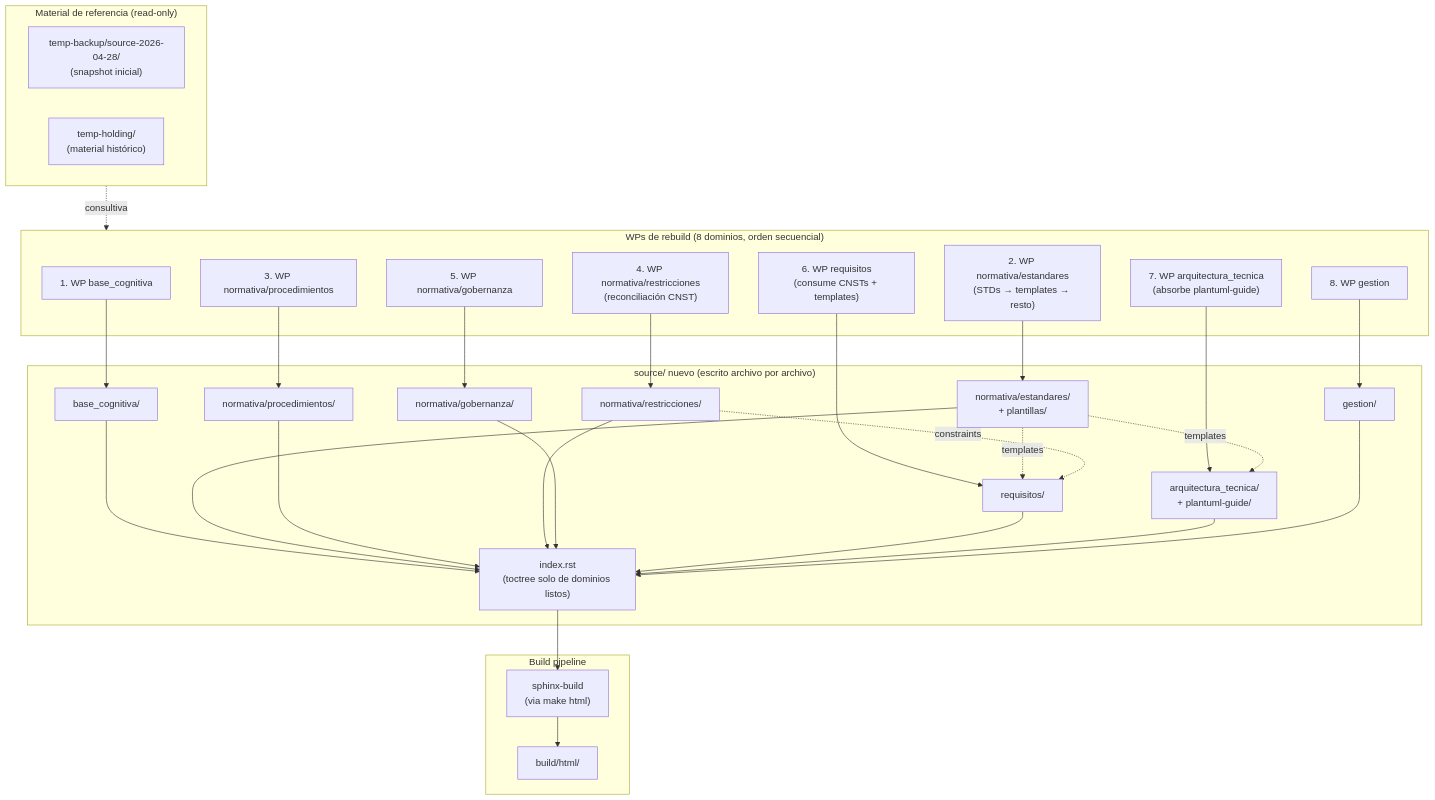
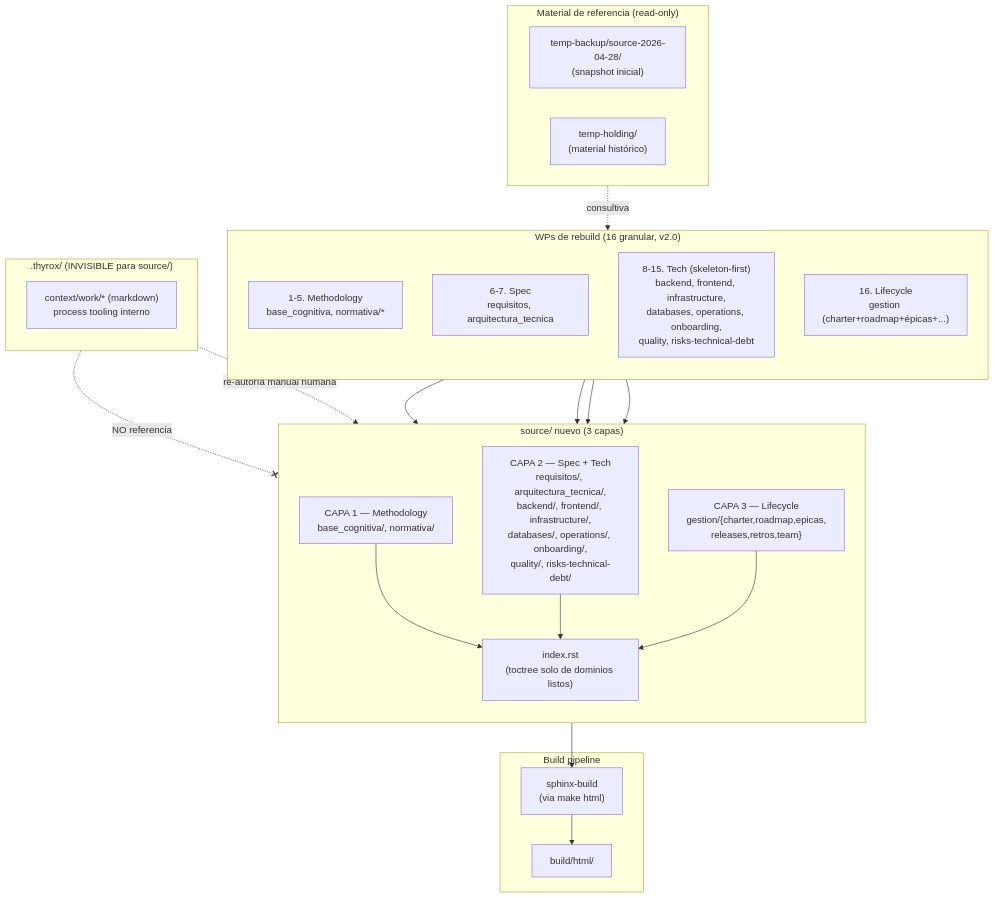
The diagram in .thyrox/context/work/2026-04-28-01-58-08-source-rebuild-strategy/strategy/source-rebuild-strategy-solution-strategy.md (jcg-admin/IACT-docs), drawn with Mermaid before and after one commit. The commit also changed other lines of this file and 3 other files, not shown here.

First line of the commit message:
Bump strategy to v2.0 — tech cajones + 3-dimension architecture

````diff
--- a/.thyrox/context/work/2026-04-28-01-58-08-source-rebuild-strategy/strategy/source-rebuild-strategy-solution-strategy.md
+++ b/.thyrox/context/work/2026-04-28-01-58-08-source-rebuild-strategy/strategy/source-rebuild-strategy-solution-strategy.md
@@ -463,58 +741,46 @@
 ```mermaid
 graph TB
     subgraph REF["Material de referencia (read-only)"]
         TBKP["temp-backup/source-2026-04-28/<br/>(snapshot inicial)"]
         THLD["temp-holding/<br/>(material histórico)"]
     end
 
-    subgraph WP["WPs de rebuild (8 dominios, orden secuencial)"]
-        WP1["1. WP base_cognitiva"]
-        WP2["2. WP normativa/estandares<br/>(STDs → templates → resto)"]
-        WP3["3. WP normativa/procedimientos"]
-        WP4["4. WP normativa/restricciones<br/>(reconciliación CNST)"]
-        WP5["5. WP normativa/gobernanza"]
-        WP6["6. WP requisitos<br/>(consume CNSTs + templates)"]
-        WP7["7. WP arquitectura_tecnica<br/>(absorbe plantuml-guide)"]
-        WP8["8. WP gestion"]
+    subgraph WP["WPs de rebuild (16 granular, v2.0)"]
+        direction TB
+        WPM["1-5. Methodology<br/>base_cognitiva, normativa/*"]
+        WPS["6-7. Spec<br/>requisitos, arquitectura_tecnica"]
+        WPT["8-15. Tech (skeleton-first)<br/>backend, frontend, infrastructure,<br/>databases, operations, onboarding,<br/>quality, risks-technical-debt"]
+        WPL["16. Lifecycle<br/>gestion (charter+roadmap+épicas+...)"]
     end
 
-    subgraph SRC["source/ nuevo (escrito archivo por archivo)"]
-        BC["base_cognitiva/"]
-        NE["normativa/estandares/<br/>+ plantillas/"]
-        NP["normativa/procedimientos/"]
-        NR["normativa/restricciones/"]
-        NG["normativa/gobernanza/"]
-        RQ["requisitos/"]
-        AT["arquitectura_tecnica/<br/>+ plantuml-guide/"]
-        GE["gestion/"]
+    subgraph SRC["source/ nuevo (3 capas)"]
+        direction TB
+        L1["CAPA 1 — Methodology<br/>base_cognitiva/, normativa/"]
+        L2["CAPA 2 — Spec + Tech<br/>requisitos/, arquitectura_tecnica/,<br/>backend/, frontend/, infrastructure/,<br/>databases/, operations/, onboarding/,<br/>quality/, risks-technical-debt/"]
+        L3["CAPA 3 — Lifecycle<br/>gestion/{charter,roadmap,epicas,<br/>releases,retros,team}"]
         IDX["index.rst<br/>(toctree solo de dominios listos)"]
+    end
+
+    subgraph THYR[".thyrox/ (INVISIBLE para source/)"]
+        direction TB
+        TWR["context/work/* (markdown)<br/>process tooling interno"]
     end
 
     subgraph BUILD["Build pipeline"]
         SPHINX["sphinx-build<br/>(via make html)"]
         HTML["build/html/"]
     end
 
     REF -.consultiva.-> WP
-    WP1 --> BC
-    WP2 --> NE
-    WP3 --> NP
-    WP4 --> NR
-    WP5 --> NG
-    WP6 --> RQ
-    WP7 --> AT
-    WP8 --> GE
-    NE -.templates.-> RQ
-    NE -.templates.-> AT
-    NR -.constraints.-> RQ
-    BC --> IDX
-    NE --> IDX
-    NP --> IDX
-    NR --> IDX
-    NG --> IDX
-    RQ --> IDX
-    AT --> IDX
-    GE --> IDX
+    WPM --> L1
+    WPS --> L2
+    WPT --> L2
+    WPL --> L3
+    L1 --> IDX
+    L2 --> IDX
+    L3 --> IDX
     IDX --> SPHINX
     SPHINX --> HTML
+    THYR -. NO referencia .-x SRC
+    THYR -. re-autoría manual humana .-> SRC
 ```
````
